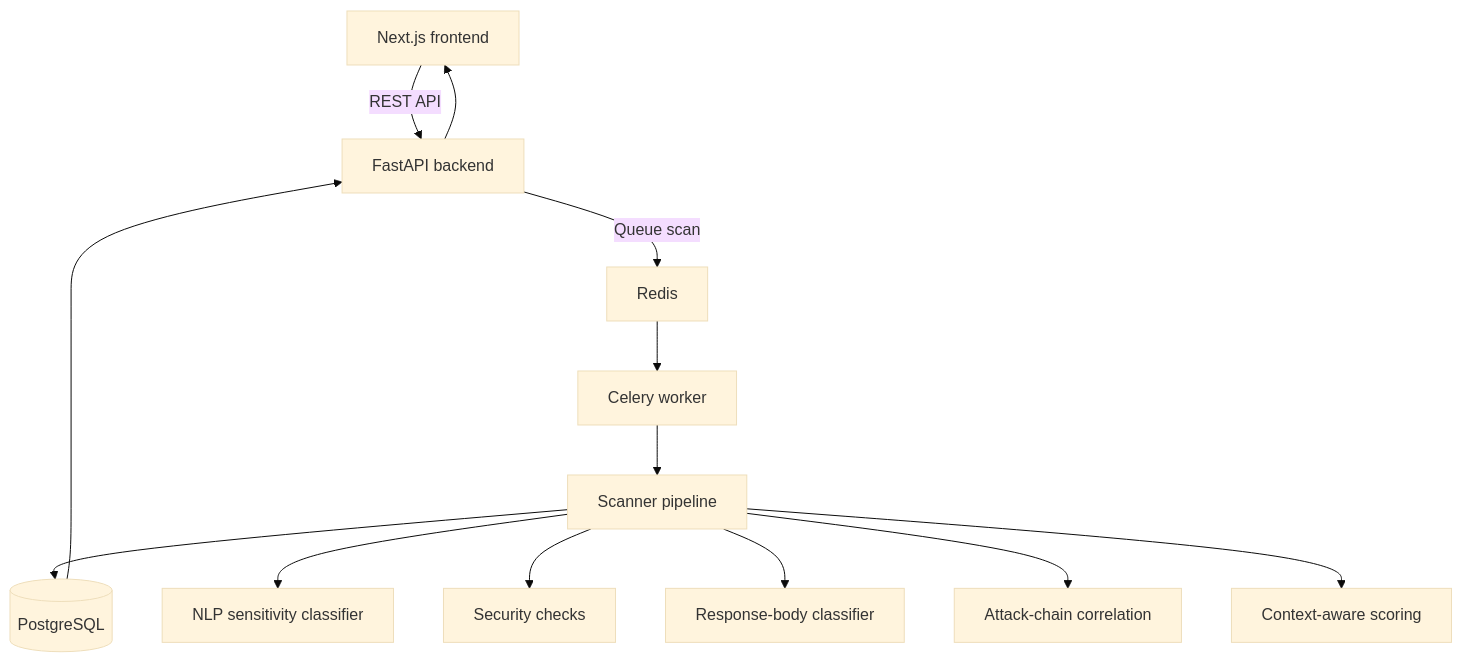
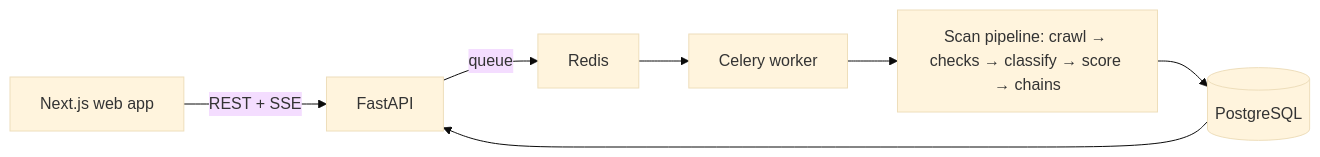
Before and after one commit to attarehman962/Context-Aware-Web-and-API-Security-Misconfiguration-Analyzer: the diagram in README.md, drawn with Mermaid (base theme). The commit also changed other lines of this file, not shown here.

First line of the commit message:
README: what CAWASMA is, scoring in three sentences, screenshots, one-command setup

````diff
--- a/README.md
+++ b/README.md
@@ -284,15 +161,8 @@
 ```mermaid
-flowchart TB
-    FE["Next.js frontend"] -->|"REST API"| API["FastAPI backend"]
-    API -->|"Queue scan"| R["Redis"]
-    R --> W["Celery worker"]
-    W --> S["Scanner pipeline"]
+flowchart LR
+    FE["Next.js web app"] -->|REST + SSE| API["FastAPI"]
+    API -->|queue| R["Redis"] --> W["Celery worker"]
+    W --> S["Scan pipeline: crawl → checks → classify → score → chains"]
     S --> DB[("PostgreSQL")]
-    S --> NLP["NLP sensitivity classifier"]
-    S --> CHECKS["Security checks"]
-    S --> BODY["Response-body classifier"]
-    S --> CHAIN["Attack-chain correlation"]
-    S --> SCORE["Context-aware scoring"]
     DB --> API
-    API --> FE
 ```
````
